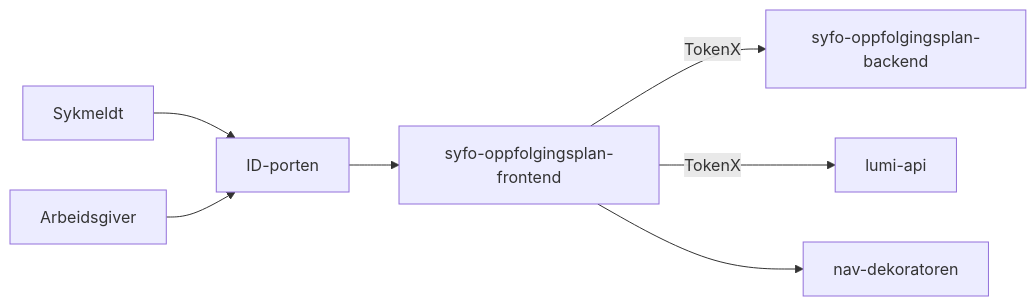
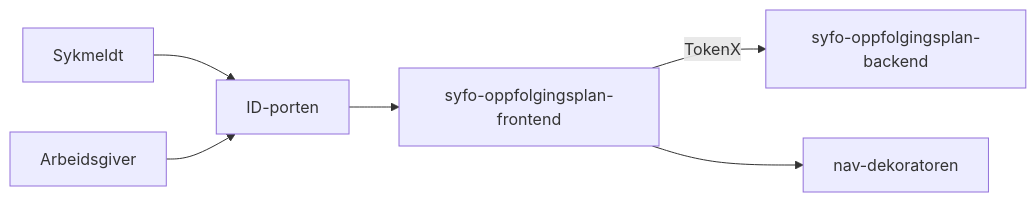
One commit to navikt/syfo-oppfolgingsplan-frontend changed the diagram in README.md. Above: the diagram before and after it, drawn with Mermaid. The commit also changed other lines of this file and 19 other files, not shown here.

````diff
--- a/README.md
+++ b/README.md
@@ -30,9 +30,8 @@
 ```mermaid
 graph LR
     SM[Sykmeldt] --> ID[ID-porten]
     AG[Arbeidsgiver] --> ID
     ID --> FE[syfo-oppfolgingsplan-frontend]
     FE -- TokenX --> BE[syfo-oppfolgingsplan-backend]
-    FE -- TokenX --> LUMI[lumi-api]
     FE --> DEK[nav-dekoratoren]
 ```
````
